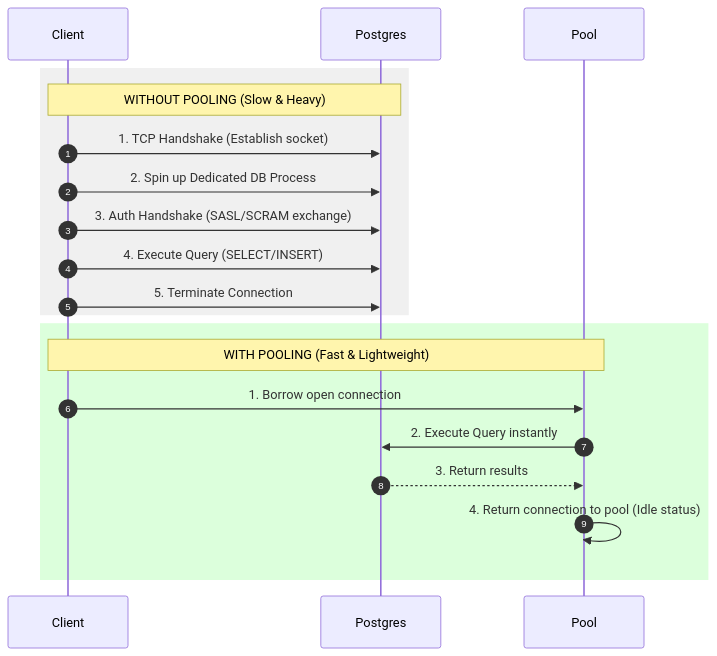
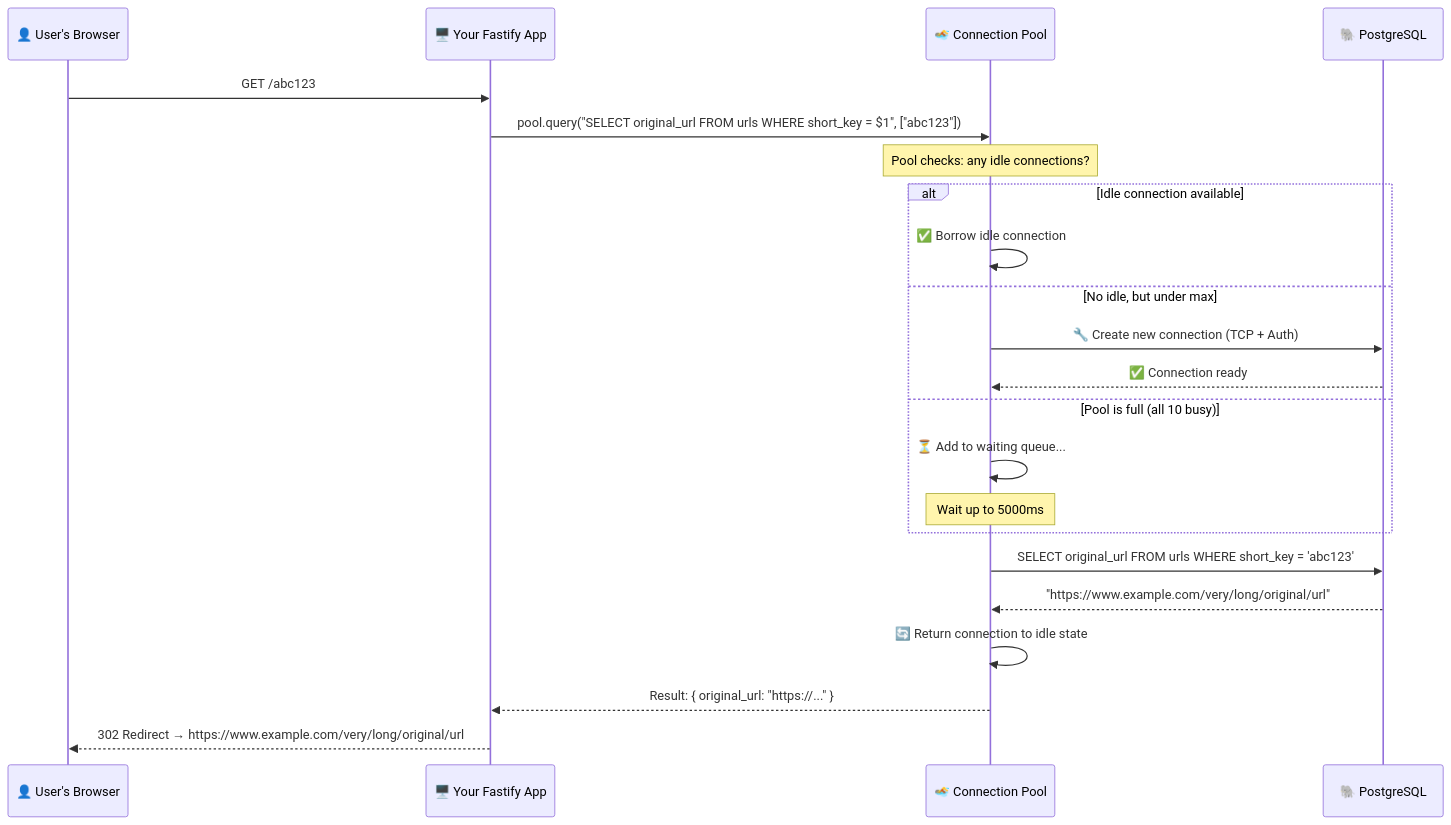
One commit to tarunahuja19/TinyURL changed the third of 4 diagrams in docs/backend/connection_pooling.md. Above: the diagram before and after it, drawn with Mermaid. The commit also changed other lines of this file and 4 other files, not shown here.

````diff
--- a/docs/backend/connection_pooling.md
+++ b/docs/backend/connection_pooling.md
@@ -27,20 +408,30 @@
 ```mermaid
 sequenceDiagram
-    autonumber
-    rect rgb(240, 240, 240)
-    Note over Client, Postgres: WITHOUT POOLING (Slow & Heavy)
-    Client->>Postgres: 1. TCP Handshake (Establish socket)
-    Client->>Postgres: 2. Spin up Dedicated DB Process
-    Client->>Postgres: 3. Auth Handshake (SASL/SCRAM exchange)
-    Client->>Postgres: 4. Execute Query (SELECT/INSERT)
-    Client->>Postgres: 5. Terminate Connection
+    participant User as 👤 User's Browser
+    participant App as 🖥️ Your Fastify App
+    participant Pool as 🏊 Connection Pool
+    participant PG as 🐘 PostgreSQL
+
+    User->>App: GET /abc123
+
+    App->>Pool: pool.query("SELECT original_url FROM urls WHERE short_key = $1", ["abc123"])
+    
+    Note over Pool: Pool checks: any idle connections?
+    
+    alt Idle connection available
+        Pool->>Pool: ✅ Borrow idle connection #3
+    else No idle, but under max
+        Pool->>PG: 🔧 Create new connection (TCP + Auth)
+        PG-->>Pool: ✅ Connection ready
+    else Pool is full (all 10 busy)
+        Pool->>Pool: ⏳ Add to waiting queue...
+        Note over Pool: Wait up to 5000ms
     end
 
-    rect rgb(220, 255, 220)
-    Note over Client, Pool: WITH POOLING (Fast & Lightweight)
-    Client->>Pool: 1. Borrow open connection
-    Pool->>Postgres: 2. Execute Query instantly
-    Postgres-->>Pool: 3. Return results
-    Pool->>Pool: 4. Return connection to pool (Idle status)
-    end
+    Pool->>PG: SELECT original_url FROM urls WHERE short_key = 'abc123'
+    PG-->>Pool: "https://www.example.com/very/long/original/url"
+    Pool->>Pool: 🔄 Return connection to idle state
+
+    Pool-->>App: Result: { original_url: "https://..." }
+    App-->>User: 302 Redirect → https://www.example.com/very/long/original/url
 ```
````
